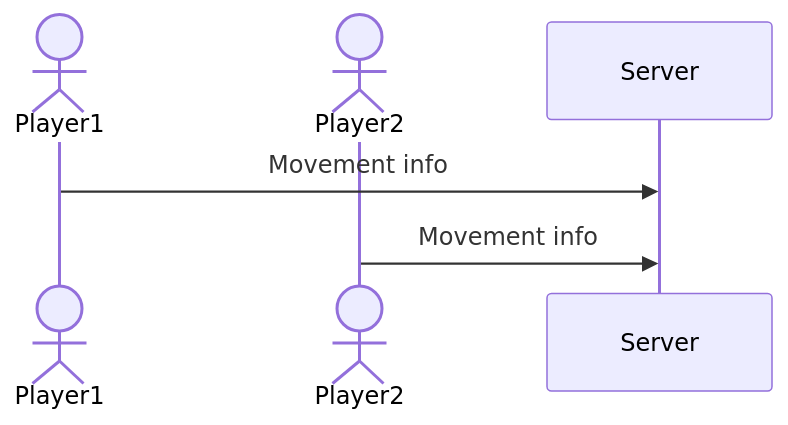
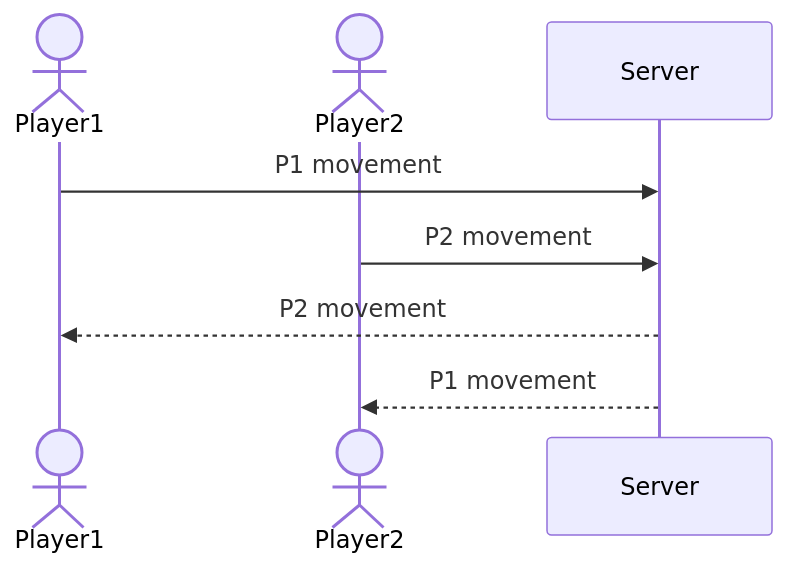
The diagram in README.md (mjen3en/startup), drawn with Mermaid before and after one commit.

````diff
--- a/README.md
+++ b/README.md
@@ -39,7 +39,9 @@
 ```mermaid
 sequenceDiagram
     actor Player1
     actor Player2
-    Player1->>Server: Movement info
-    Player2->>Server: Movement info
+    Player1->>Server: P1 movement
+    Player2->>Server: P2 movement
+    Server -->>Player1: P2 movement
+    Server -->>Player2: P1 movement
 ```
````
